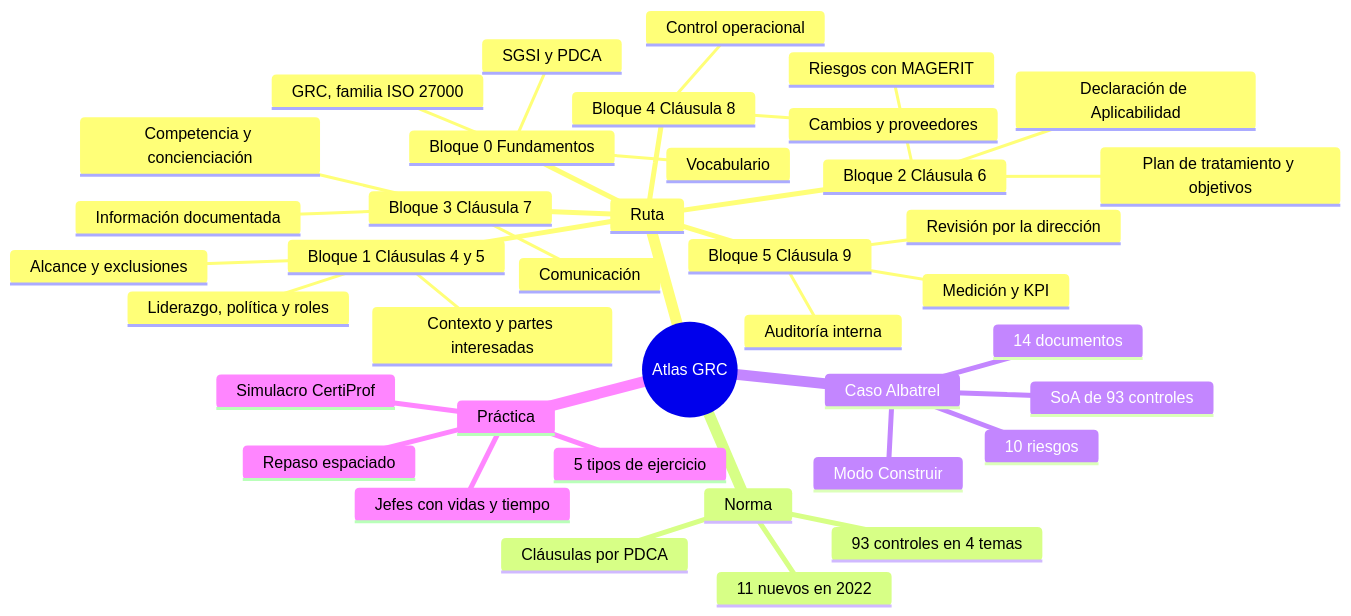
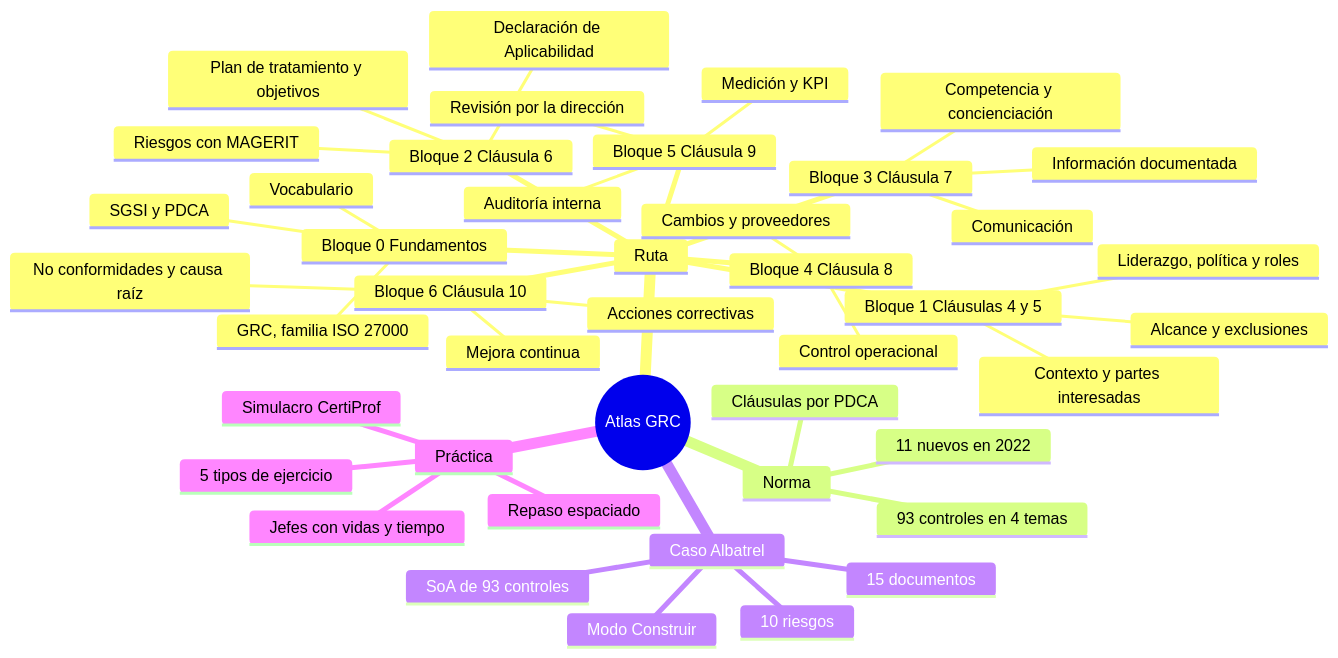
One commit to heindall92/atlas-grc changed the first of 2 diagrams in README.md. Above: the diagram before and after it, drawn with Mermaid. The commit also changed other lines of this file and 6 other files, not shown here.

First line of the commit message:
Bloque 6: cláusula 10 (mejora)

````diff
--- a/README.md
+++ b/README.md
@@ -134,42 +134,46 @@
 ```mermaid
 mindmap
   root((Atlas GRC))
     Ruta
       Bloque 0 Fundamentos
         GRC, familia ISO 27000
         SGSI y PDCA
         Vocabulario
       Bloque 1 Cláusulas 4 y 5
         Contexto y partes interesadas
         Alcance y exclusiones
         Liderazgo, política y roles
       Bloque 2 Cláusula 6
         Riesgos con MAGERIT
         Declaración de Aplicabilidad
         Plan de tratamiento y objetivos
       Bloque 3 Cláusula 7
         Competencia y concienciación
         Comunicación
         Información documentada
       Bloque 4 Cláusula 8
         Control operacional
         Cambios y proveedores
       Bloque 5 Cláusula 9
         Medición y KPI
         Auditoría interna
         Revisión por la dirección
+      Bloque 6 Cláusula 10
+        Mejora continua
+        No conformidades y causa raíz
+        Acciones correctivas
     Norma
       Cláusulas por PDCA
       93 controles en 4 temas
       11 nuevos en 2022
     Caso Albatrel
-      14 documentos
+      15 documentos
       10 riesgos
       SoA de 93 controles
       Modo Construir
     Práctica
       5 tipos de ejercicio
       Jefes con vidas y tiempo
       Repaso espaciado
       Simulacro CertiProf
 ```
````
